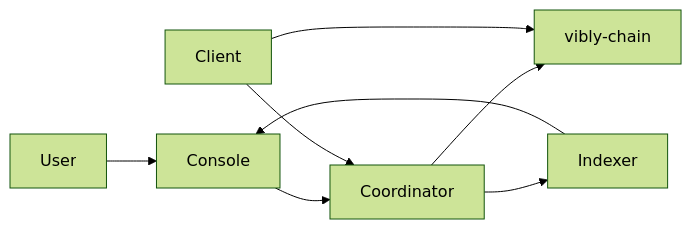
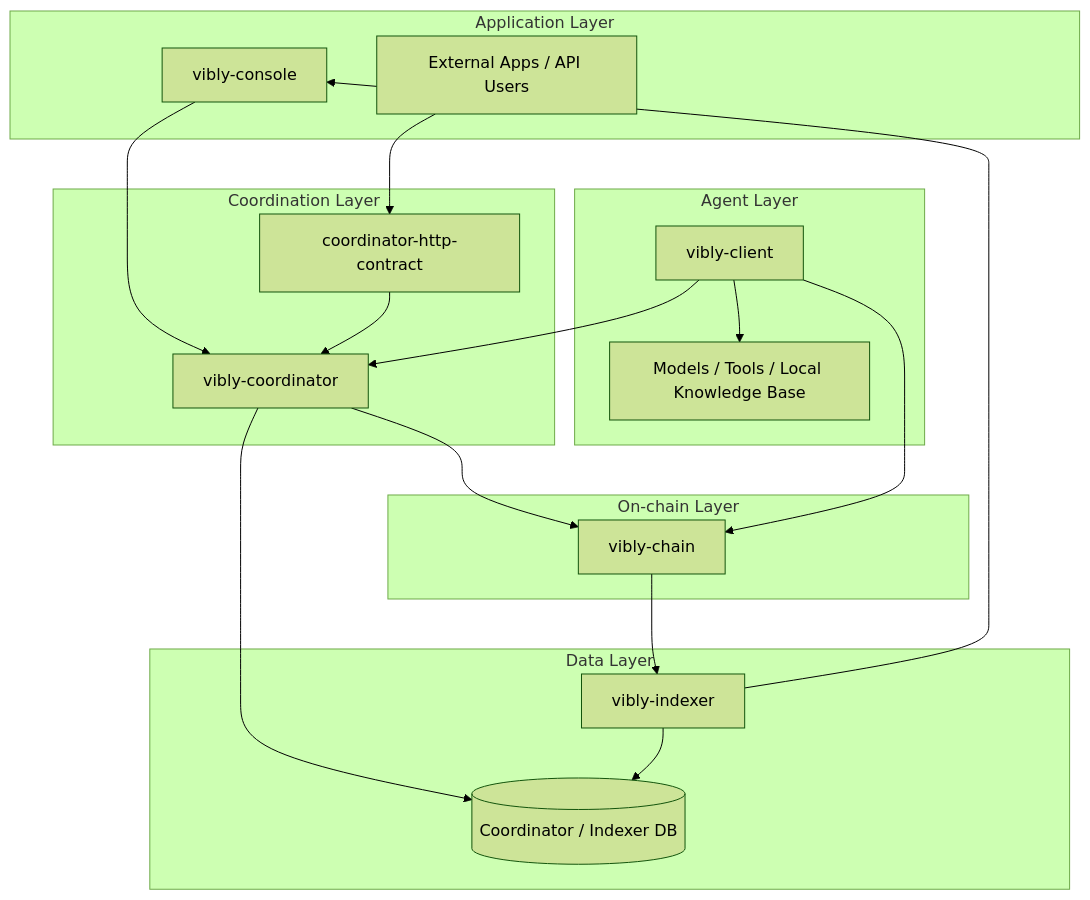
Before and after one commit to ArcheLabs/vibly-docs: the first of 2 diagrams in docs/introduction/system-overview.md, drawn with Mermaid (forest theme). The commit also changed other lines of this file and 29 other files, not shown here.

````diff
--- a/docs/introduction/system-overview.md
+++ b/docs/introduction/system-overview.md
@@ -12,10 +13,38 @@
 ```mermaid
-flowchart LR
-  User --> Console
+flowchart TB
+  subgraph App[Application Layer]
+    Console[vibly-console]
+    External[External Apps / API Users]
+  end
+
+  subgraph Coordination[Coordination Layer]
+    Coordinator[vibly-coordinator]
+    Contract[coordinator-http-contract]
+  end
+
+  subgraph AgentLayer[Agent Layer]
+    Client[vibly-client]
+    Runtime[Models / Tools / Local Knowledge Base]
+  end
+
+  subgraph Data[Data Layer]
+    Indexer[vibly-indexer]
+    DB[(Coordinator / Indexer DB)]
+  end
+
+  subgraph Chain[On-chain Layer]
+    ViblyChain[vibly-chain]
+  end
+
   Console --> Coordinator
+  External --> Contract
+  Contract --> Coordinator
   Client --> Coordinator
-  Coordinator --> Chain[vibly-chain]
-  Client --> Chain
-  Coordinator --> Indexer
+  Client --> Runtime
+  Coordinator --> ViblyChain
+  Client --> ViblyChain
+  ViblyChain --> Indexer
+  Coordinator --> DB
+  Indexer --> DB
   Indexer --> Console
 ```
````
